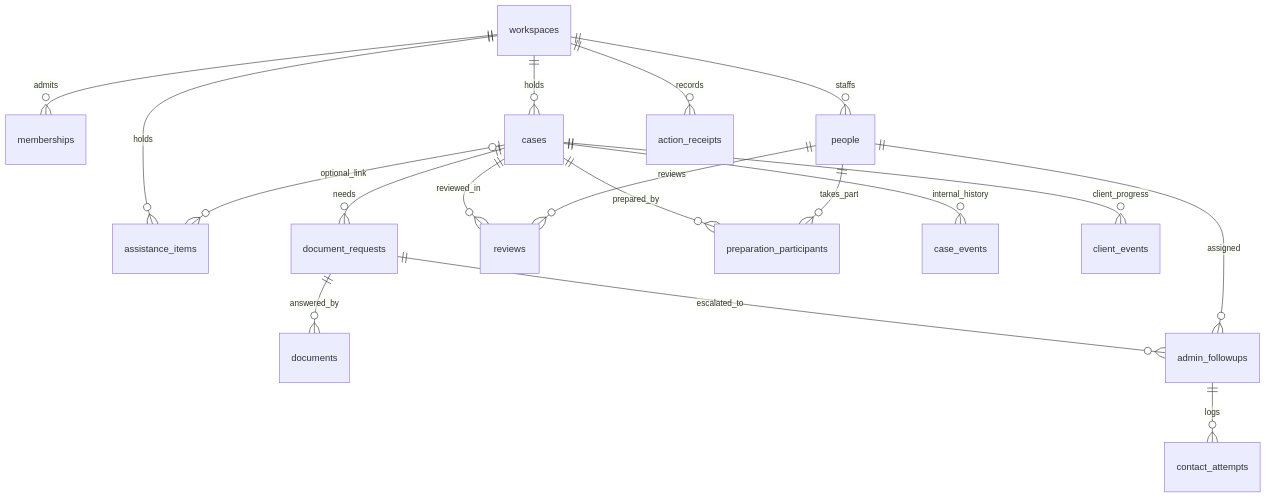
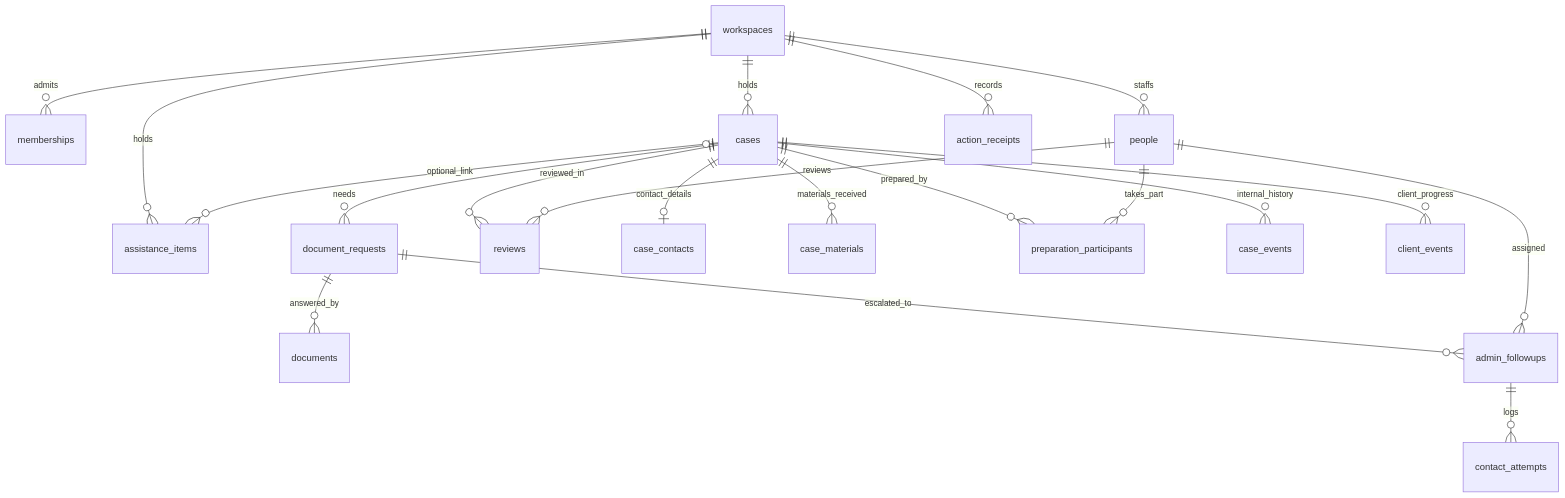
The first of 2 diagrams in docs/developer/database.md (jin-yu-yang/VITA-Management-System-Demo), drawn with Mermaid before and after one commit. The commit also changed other lines of this file and 34 other files, not shown here.

````diff
--- a/docs/developer/database.md
+++ b/docs/developer/database.md
@@ -71,20 +106,22 @@
 ```mermaid
 erDiagram
   workspaces ||--o{ memberships : admits
   workspaces ||--o{ people : staffs
   workspaces ||--o{ cases : holds
   workspaces ||--o{ assistance_items : holds
   workspaces ||--o{ action_receipts : records
   cases ||--o{ document_requests : needs
   document_requests ||--o{ documents : answered_by
   document_requests ||--o{ admin_followups : escalated_to
   admin_followups ||--o{ contact_attempts : logs
   cases ||--o{ reviews : reviewed_in
+  cases ||--o| case_contacts : contact_details
+  cases ||--o{ case_materials : materials_received
   cases ||--o{ preparation_participants : prepared_by
   cases ||--o{ case_events : internal_history
   cases ||--o{ client_events : client_progress
   cases |o--o{ assistance_items : optional_link
   people ||--o{ preparation_participants : takes_part
   people ||--o{ reviews : reviews
   people ||--o{ admin_followups : assigned
 ```
````
